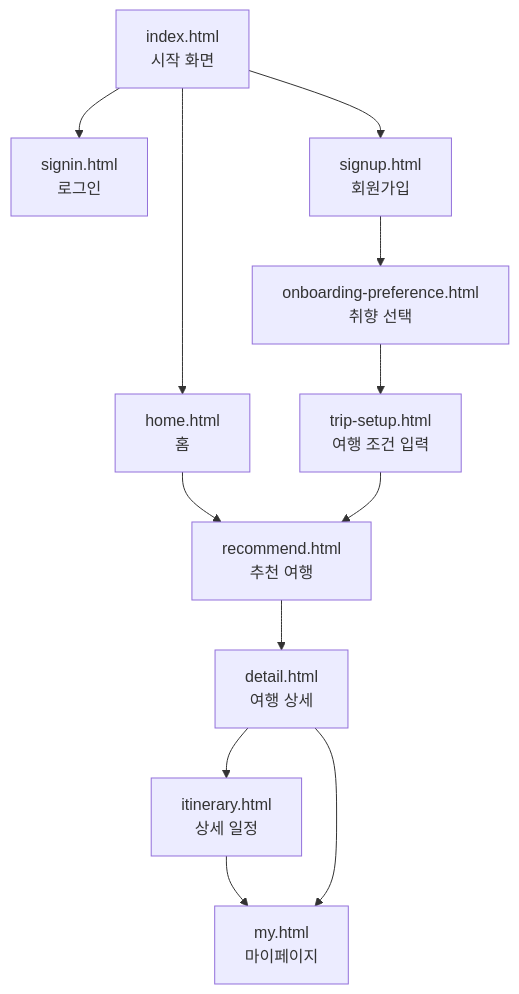
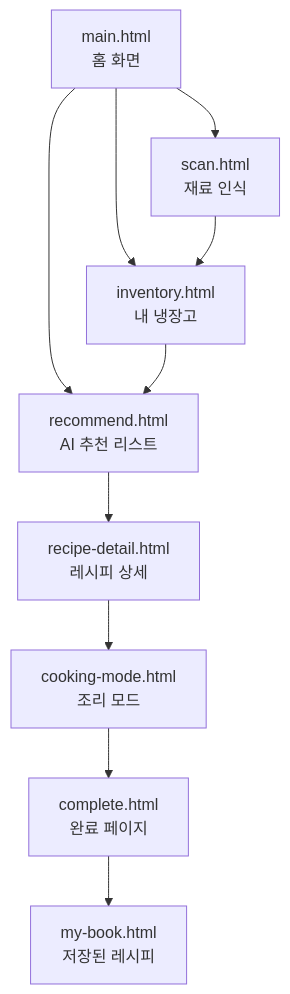
Before and after one commit to kny45112003-hue/dishly-ai-recipe: the second of 4 diagrams in README.md, drawn with Mermaid. The commit also changed other lines of this file, not shown here.

````diff
--- a/README.md
+++ b/README.md
@@ -66,20 +64,18 @@
 ```mermaid
 flowchart TD
-    A[index.html<br/>시작 화면]
+    A[main.html<br/>홈 화면]
 
-    A --> B[signin.html<br/>로그인]
-    A --> C[signup.html<br/>회원가입]
-    A --> D[home.html<br/>홈]
+    A --> B[scan.html<br/>재료 인식]
+    A --> C[inventory.html<br/>내 냉장고]
+    A --> D[recommend.html<br/>AI 추천 리스트]
 
-    C --> E[onboarding-preference.html<br/>취향 선택]
-    E --> F[trip-setup.html<br/>여행 조건 입력]
+    B --> C
+    C --> D
 
-    D --> G[recommend.html<br/>추천 여행]
-    F --> G
+    D --> E[recipe-detail.html<br/>레시피 상세]
+    E --> F[cooking-mode.html<br/>조리 모드]
 
-    G --> H[detail.html<br/>여행 상세]
-    H --> I[itinerary.html<br/>상세 일정]
+    F --> G[complete.html<br/>완료 페이지]
+    G --> H[my-book.html<br/>저장된 레시피]
 
-    I --> J[my.html<br/>마이페이지]
-    H --> J
 ```
````
